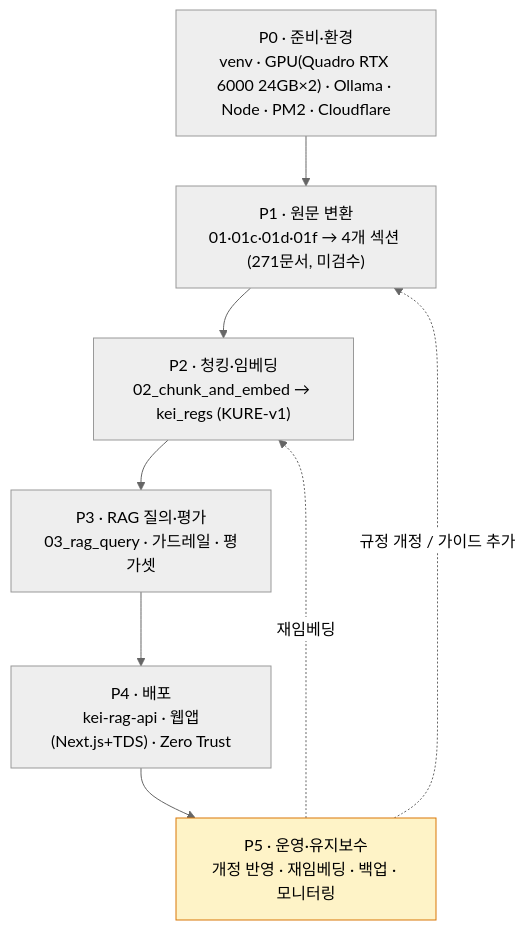
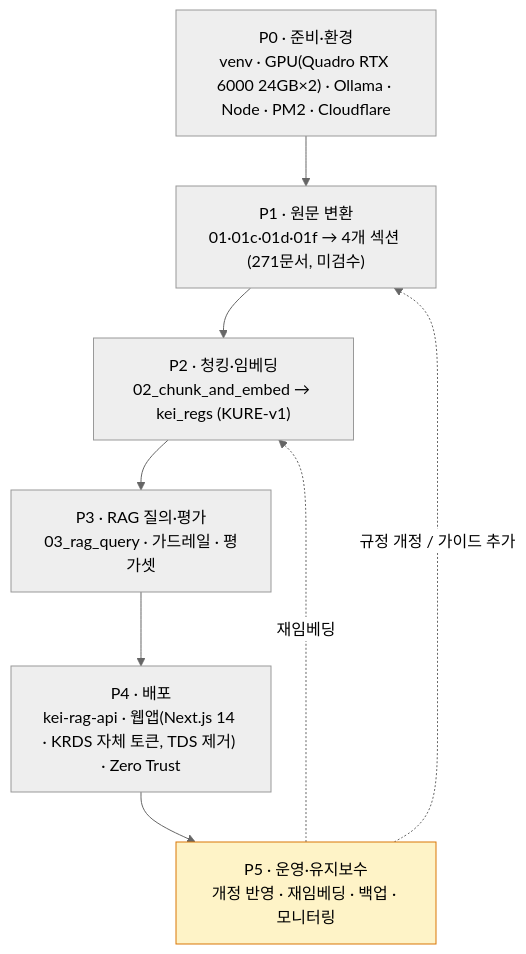
Before and after one commit to mooner92/KEIAdminSuperv: the first of 4 diagrams in WORKPLAN.md, drawn with Mermaid (neutral theme). The commit also changed other lines of this file and 13 other files, not shown here.

````diff
--- a/WORKPLAN.md
+++ b/WORKPLAN.md
@@ -46,16 +49,16 @@
 ```mermaid
 flowchart TD
     P0["P0 · 준비·환경<br/>venv · GPU(Quadro RTX 6000 24GB×2) · Ollama · Node · PM2 · Cloudflare"]
     P1["P1 · 원문 변환<br/>01·01c·01d·01f → 4개 섹션 (271문서, 미검수)"]
     P2["P2 · 청킹·임베딩<br/>02_chunk_and_embed → kei_regs (KURE-v1)"]
     P3["P3 · RAG 질의·평가<br/>03_rag_query · 가드레일 · 평가셋"]
-    P4["P4 · 배포<br/>kei-rag-api · 웹앱(Next.js+TDS) · Zero Trust"]
+    P4["P4 · 배포<br/>kei-rag-api · 웹앱(Next.js 14 · KRDS 자체 토큰, TDS 제거) · Zero Trust"]
     P5["P5 · 운영·유지보수<br/>개정 반영 · 재임베딩 · 백업 · 모니터링"]
 
     P0 --> P1 --> P2 --> P3 --> P4 --> P5
     P5 -. "규정 개정 / 가이드 추가" .-> P1
     P5 -. "재임베딩" .-> P2
 
     classDef loop fill:#fef3c7,stroke:#d97706;
     class P5 loop;
 ```
````
